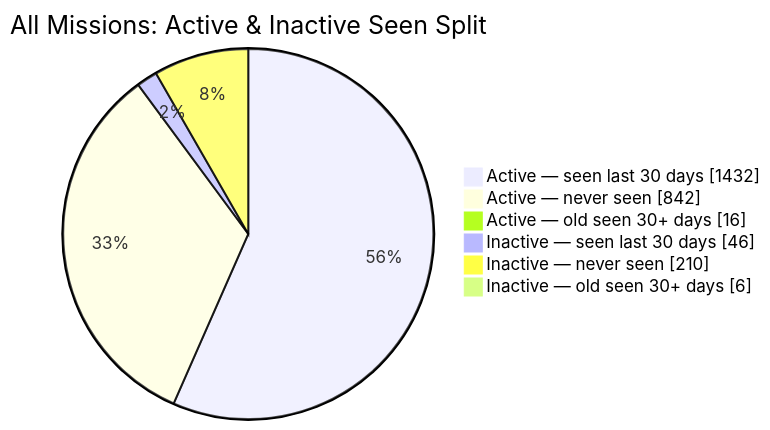
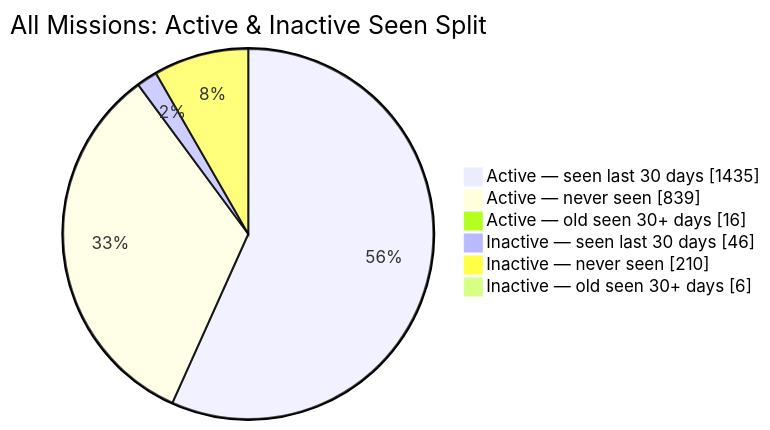
Before and after one commit to MeldkamerspelGameTeam/active-missions: the second of 2 diagrams in README.md, drawn with Mermaid. The commit also changed other lines of this file and 3 other files, not shown here.

````diff
--- a/README.md
+++ b/README.md
@@ -44,10 +44,10 @@
 ```mermaid
 pie showData
     title All Missions: Active & Inactive Seen Split
-    "Active — seen last 30 days" : 1432
-    "Active — never seen" : 842
+    "Active — seen last 30 days" : 1435
+    "Active — never seen" : 839
     "Active — old seen 30+ days" : 16
     "Inactive — seen last 30 days" : 46
     "Inactive — never seen" : 210
     "Inactive — old seen 30+ days" : 6
 ```
````
